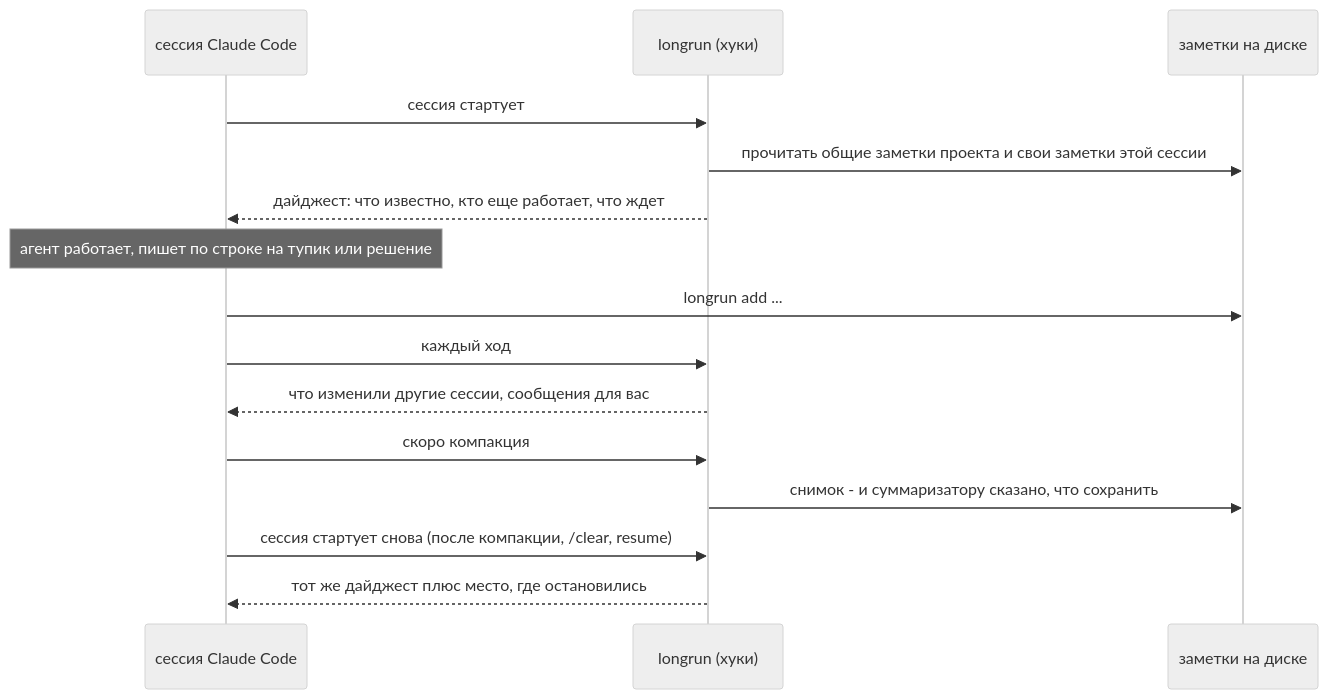
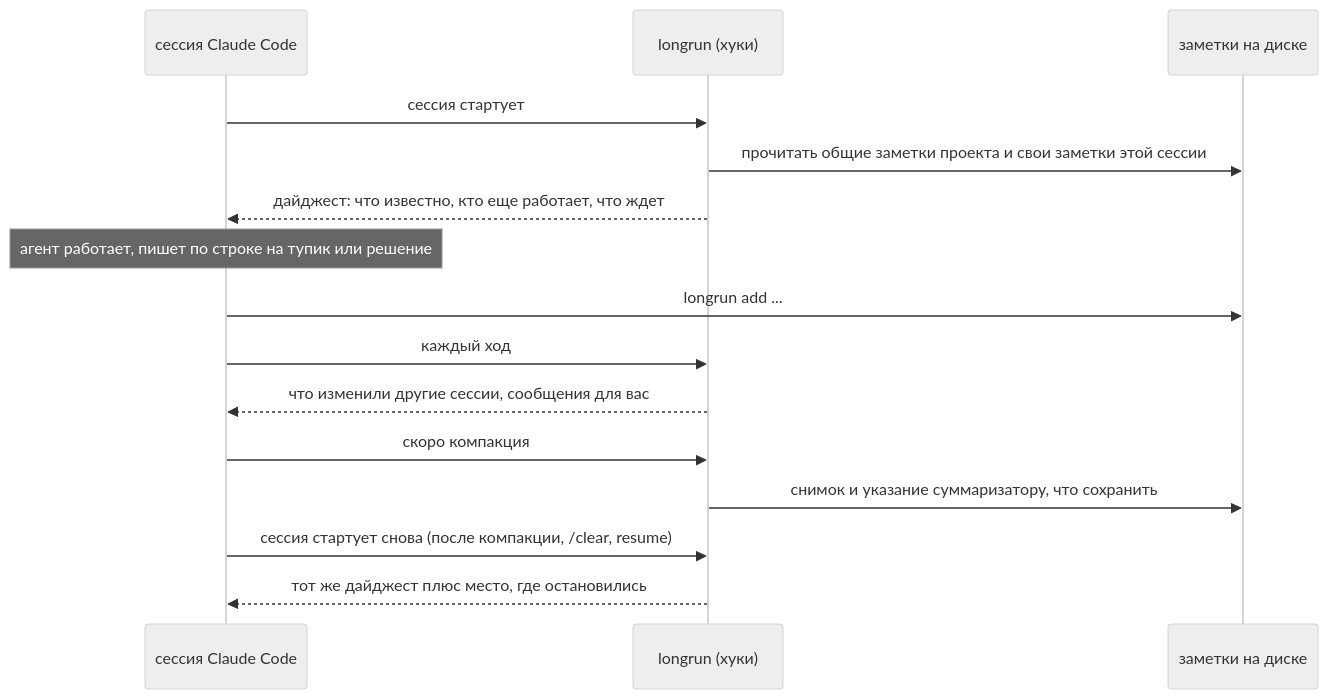
One commit to krllx/longrun changed the diagram in README.ru.md. Above: the diagram before and after it, drawn with Mermaid (neutral theme). The commit also changed other lines of this file, not shown here.

````diff
--- a/README.ru.md
+++ b/README.ru.md
@@ -149,17 +149,17 @@
 ```mermaid
 sequenceDiagram
     participant S as сессия Claude Code
     participant L as longrun (хуки)
     participant D as заметки на диске
     S->>L: сессия стартует
     L->>D: прочитать общие заметки проекта и свои заметки этой сессии
     L-->>S: дайджест: что известно, кто еще работает, что ждет
     Note over S: агент работает, пишет по строке на тупик или решение
     S->>D: longrun add ...
     S->>L: каждый ход
     L-->>S: что изменили другие сессии, сообщения для вас
     S->>L: скоро компакция
-    L->>D: снимок - и суммаризатору сказано, что сохранить
+    L->>D: снимок и указание суммаризатору, что сохранить
     S->>L: сессия стартует снова (после компакции, /clear, resume)
     L-->>S: тот же дайджест плюс место, где остановились
 ```
````
